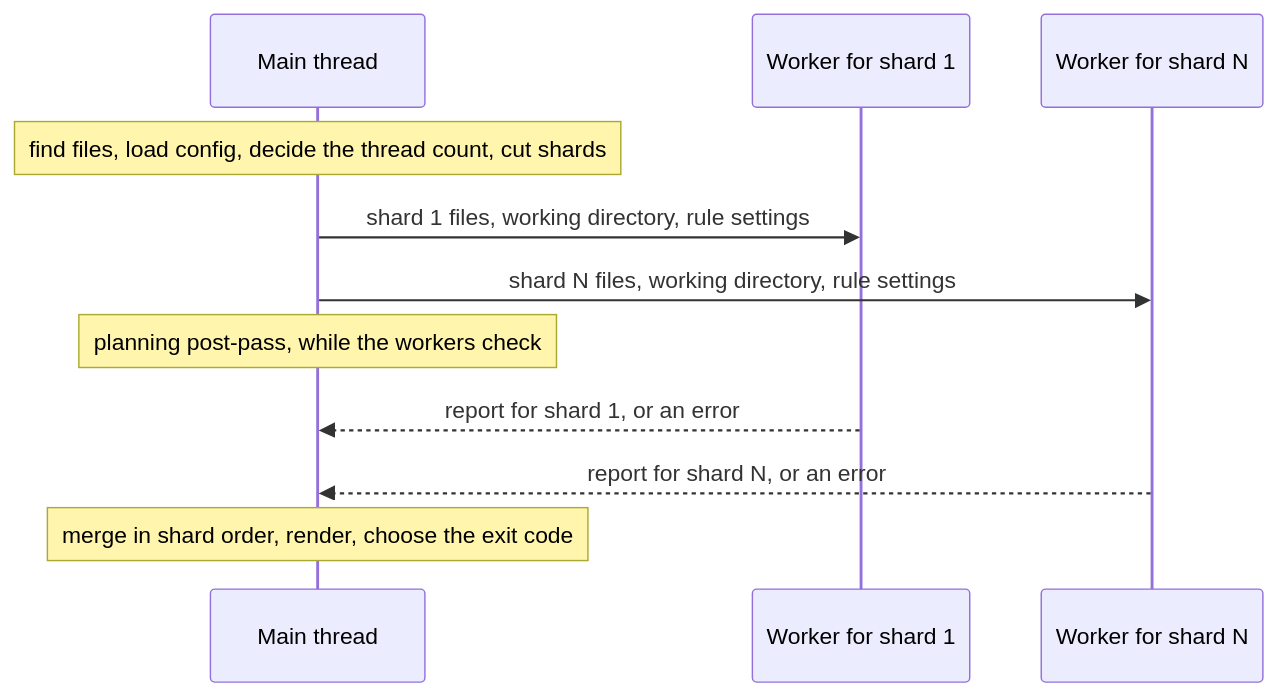
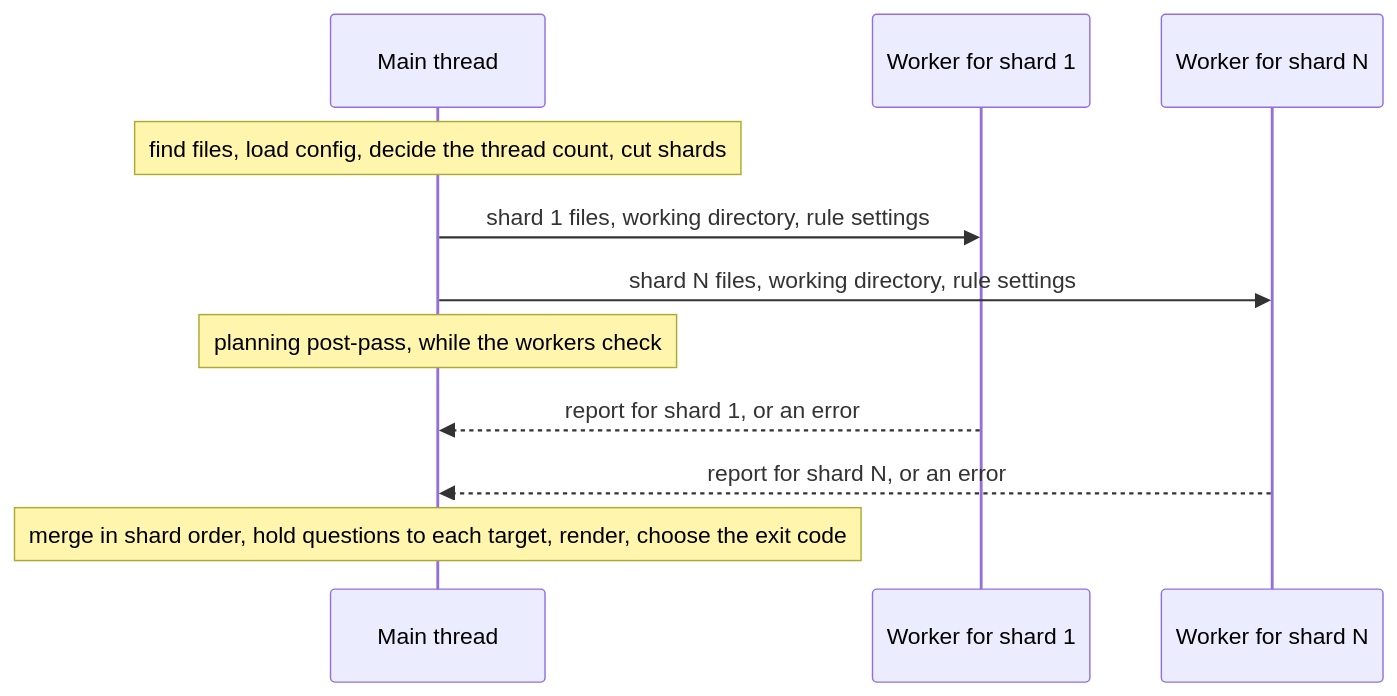
One commit to mschulkind-oss/vantage changed the diagram in docs/reference/check-performance.md. Above: the diagram before and after it, drawn with Mermaid. The commit also changed other lines of this file and 17 other files, not shown here.

````diff
--- a/docs/reference/check-performance.md
+++ b/docs/reference/check-performance.md
@@ -345,13 +350,13 @@
 ```mermaid
 sequenceDiagram
     participant M as Main thread
     participant A as Worker for shard 1
     participant B as Worker for shard N
     Note over M: find files, load config, decide the thread count, cut shards
     M->>A: shard 1 files, working directory, rule settings
     M->>B: shard N files, working directory, rule settings
     Note over M: planning post-pass, while the workers check
     A-->>M: report for shard 1, or an error
     B-->>M: report for shard N, or an error
-    Note over M: merge in shard order, render, choose the exit code
+    Note over M: merge in shard order, hold questions to each target, render, choose the exit code
 ```
````
